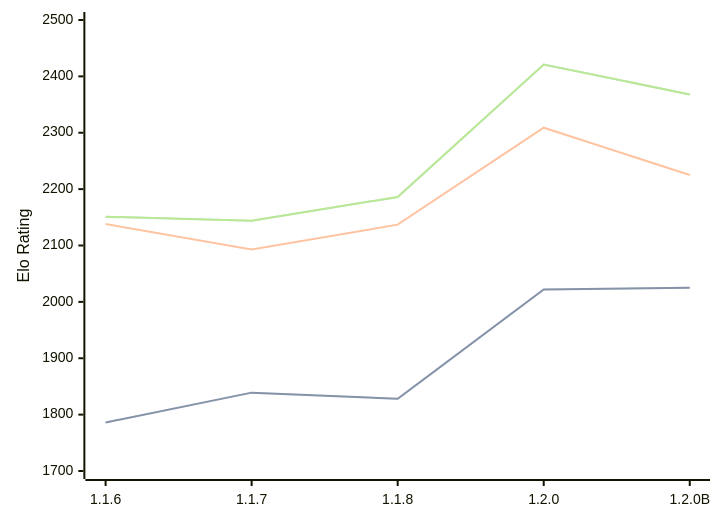
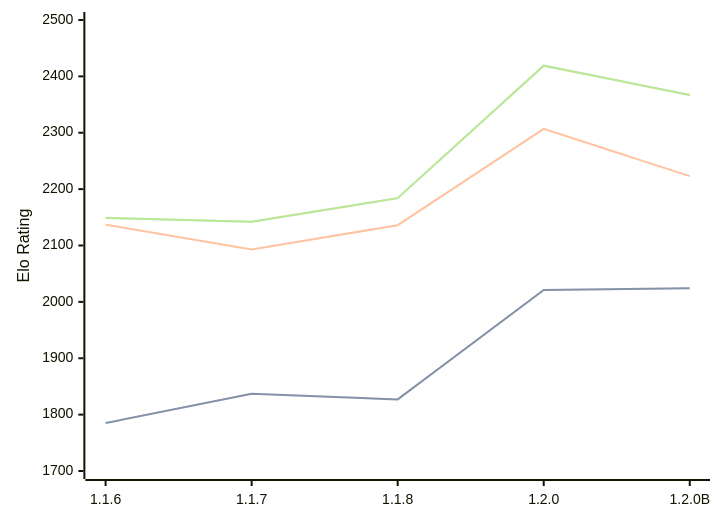
One commit to computer-chess-index/cci changed the third of 3 diagrams in engines/Soomi.md. Above: the diagram before and after it, drawn with Mermaid. The commit also changed other lines of this file, not shown here.

Commit message:
Update CCI Ratings (ELO VLTC) - 2026-06-26

````diff
--- a/engines/Soomi.md
+++ b/engines/Soomi.md
@@ -68,11 +68,11 @@
 ```mermaid
 %%{init: {"theme":"base","themeVariables":{"seriesColors:['#a3a3a3','#222221','#faa371']}}}%%
 xychart-beta
   x-axis ["1.1.6", "1.1.7", "1.1.8", "1.2.0", "1.2.0B"]
   y-axis "Elo Rating" 1700 --> 2500
-  line "STC (8.0+0.08s)" [1786, 1839, 1828, 2022, 2025]
-  line "STC (8.0+0.08s)" [1786, 1839, 1828, 2022, 2025]
-  line "LTC (60.0+0.60s)" [2138, 2093, 2137, 2309, 2225]
-  line "VLTC (2m24s+1.12s)" [2151, 2144, 2186, 2421, 2368]
-  line "VLTC (2m24s+1.12s)" [2151, 2144, 2186, 2421, 2368]
+  line "STC (8.0+0.08s)" [1785, 1837, 1827, 2021, 2024]
+  line "STC (8.0+0.08s)" [1785, 1837, 1827, 2021, 2024]
+  line "LTC (60.0+0.60s)" [2137, 2093, 2136, 2307, 2223]
+  line "VLTC (2m24s+1.12s)" [2149, 2142, 2184, 2419, 2367]
+  line "VLTC (2m24s+1.12s)" [2149, 2142, 2184, 2419, 2367]
 ```
````
